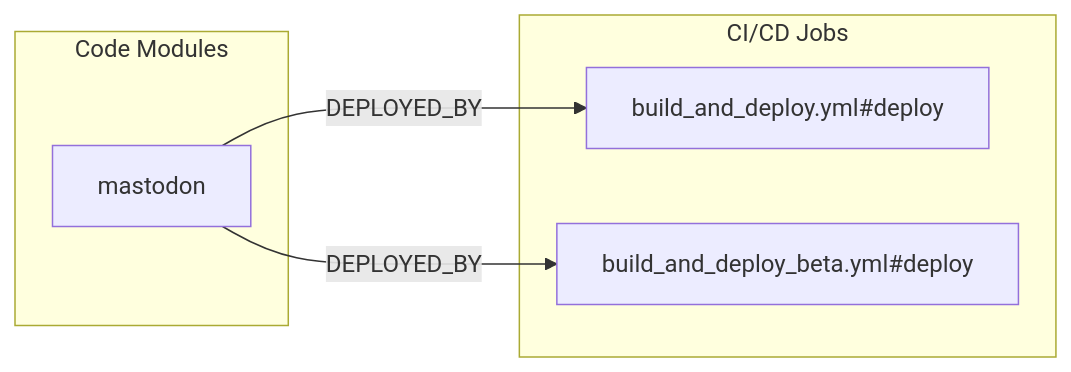
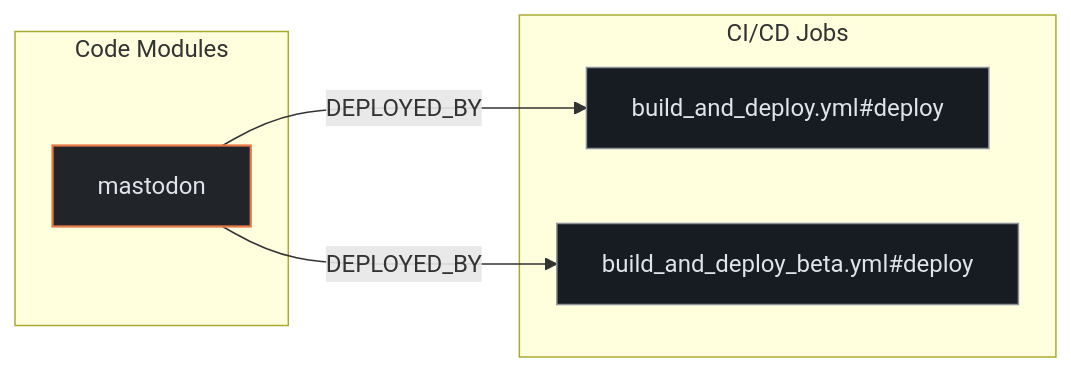
Before and after one commit to kumarshaz/atruss-code-atlas: the first of 2 diagrams in exports/latest/reports/mastodon-mastodon-android-report.md, drawn with Mermaid. The commit also changed other lines of this file and 331 other files, not shown here.

Commit message:
docs,ui,fix: update SDLC docs, reorder CI/CD DAG first, stylize Mermaid, and fix Arc42 pipeline topology

````diff
--- a/exports/latest/reports/mastodon-mastodon-android-report.md
+++ b/exports/latest/reports/mastodon-mastodon-android-report.md
@@ -83,12 +83,16 @@
 ```mermaid
 flowchart LR
+    classDef atlasCategory fill:#212428,stroke:#E87A48,stroke-width:1.5px,color:#dfe3eb
+    classDef atlasWorkflow fill:#1b2026,stroke:#a3c9ff,stroke-width:1.5px,color:#dfe3eb
+    classDef atlasJob fill:#171c22,stroke:#8d9199,stroke-width:1px,color:#dfe3eb
+    classDef atlasTarget fill:#005227,stroke:#8bd99b,stroke-width:1.5px,color:#a7f6b6
     subgraph code_modules["Code Modules"]
-        mod_mastodon["mastodon"]
+        mod_mastodon["mastodon"]:::atlasCategory
     end
     subgraph ci_jobs["CI/CD Jobs"]
-        job_build_and_deploy_yml_deploy["build_and_deploy.yml#deploy"]
-        job_build_and_deploy_beta_yml_deploy["build_and_deploy_beta.yml#deploy"]
+        job_build_and_deploy_yml_deploy["build_and_deploy.yml#deploy"]:::atlasJob
+        job_build_and_deploy_beta_yml_deploy["build_and_deploy_beta.yml#deploy"]:::atlasJob
     end
     mod_mastodon -->|DEPLOYED_BY| job_build_and_deploy_yml_deploy
     mod_mastodon -->|DEPLOYED_BY| job_build_and_deploy_beta_yml_deploy
 ```
````
